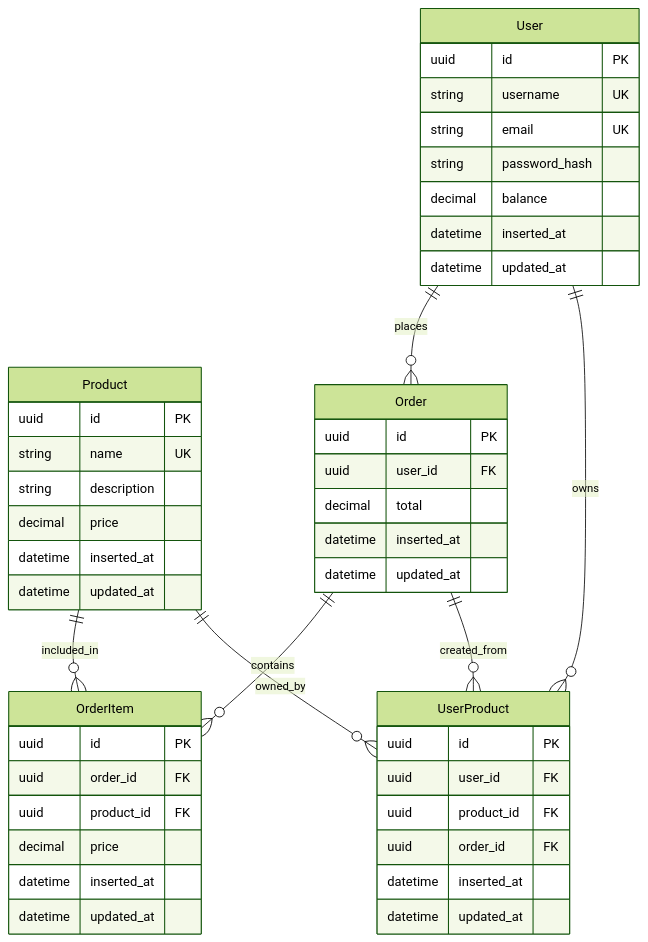
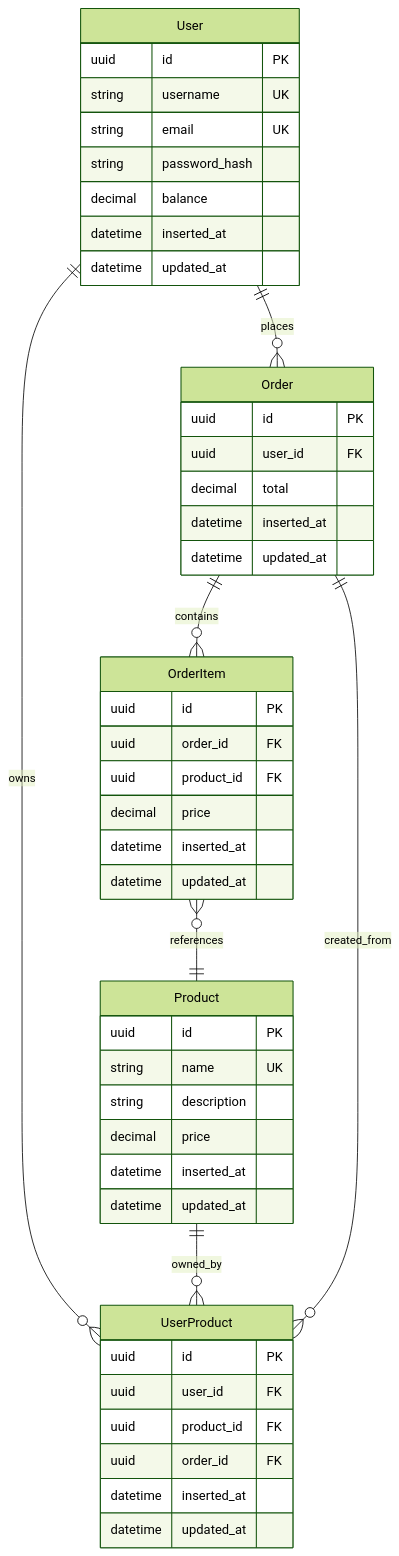
One commit to soniaood/backend-exercise changed the first of 3 diagrams in backend/README.md. Above: the diagram before and after it, drawn with Mermaid (forest theme). The commit also changed other lines of this file, not shown here.

````diff
--- a/backend/README.md
+++ b/backend/README.md
@@ -75,54 +75,54 @@
 ```mermaid
 erDiagram
     User {
         uuid id PK
         string username UK
         string email UK
         string password_hash
         decimal balance
-        datetime inserted_at
-        datetime updated_at
-    }
-    
-    Product {
-        uuid id PK
-        string name UK
-        string description
-        decimal price
         datetime inserted_at
         datetime updated_at
     }
     
     Order {
         uuid id PK
         uuid user_id FK
         decimal total
         datetime inserted_at
         datetime updated_at
     }
     
     OrderItem {
         uuid id PK
         uuid order_id FK
         uuid product_id FK
         decimal price
         datetime inserted_at
         datetime updated_at
     }
     
+    Product {
+        uuid id PK
+        string name UK
+        string description
+        decimal price
+        datetime inserted_at
+        datetime updated_at
+    }
+    
     UserProduct {
         uuid id PK
         uuid user_id FK
         uuid product_id FK
         uuid order_id FK
         datetime inserted_at
         datetime updated_at
     }
     
     User ||--o{ Order : "places"
-    Order ||--o{ OrderItem : "contains"
-    Product ||--o{ OrderItem : "included_in"
+    Order ||--o{ OrderItem : "contains" 
+    OrderItem }o--|| Product : "references"
     User ||--o{ UserProduct : "owns"
     Product ||--o{ UserProduct : "owned_by"
     Order ||--o{ UserProduct : "created_from"
 ```
````
